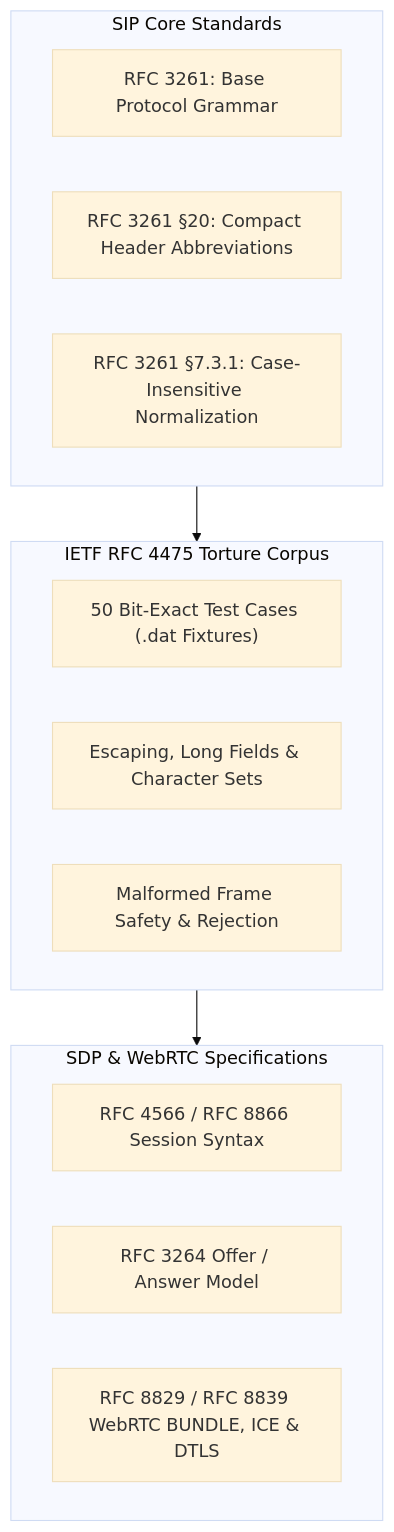
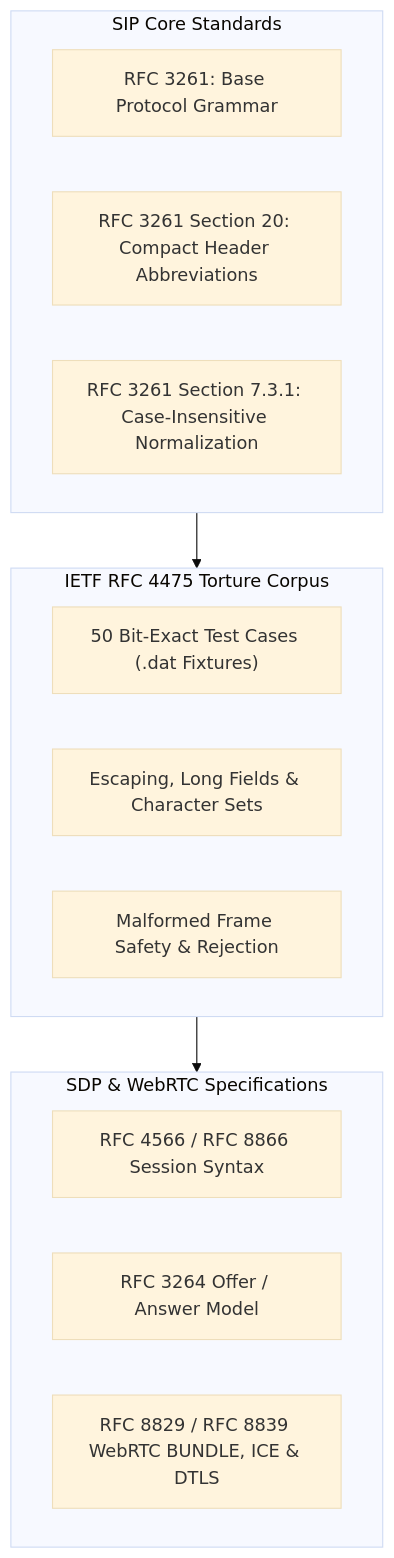
The diagram in docs/architecture/compliance.md (SiddiqSoft/sip2json), drawn with Mermaid (base theme) before and after one commit. The commit also changed other lines of this file and 42 other files, not shown here.

Commit message:
docs: standardize documentation, Doxygen AST, UML class diagrams, and CI publication

````diff
--- a/docs/architecture/compliance.md
+++ b/docs/architecture/compliance.md
@@ -9,20 +7,20 @@
 ```mermaid
 graph TD
     subgraph Core ["SIP Core Standards"]
         A["RFC 3261: Base Protocol Grammar"]
-        B["RFC 3261 §20: Compact Header Abbreviations"]
-        C["RFC 3261 §7.3.1: Case-Insensitive Normalization"]
+        B["RFC 3261 Section 20: Compact Header Abbreviations"]
+        C["RFC 3261 Section 7.3.1: Case-Insensitive Normalization"]
     end
     subgraph Torture ["IETF RFC 4475 Torture Corpus"]
         D["50 Bit-Exact Test Cases (.dat Fixtures)"]
         E["Escaping, Long Fields & Character Sets"]
         F["Malformed Frame Safety & Rejection"]
     end
     subgraph SDP ["SDP & WebRTC Specifications"]
         G["RFC 4566 / RFC 8866 Session Syntax"]
         H["RFC 3264 Offer / Answer Model"]
         I["RFC 8829 / RFC 8839 WebRTC BUNDLE, ICE & DTLS"]
     end
     Core --> Torture
     Torture --> SDP
 ```
````
